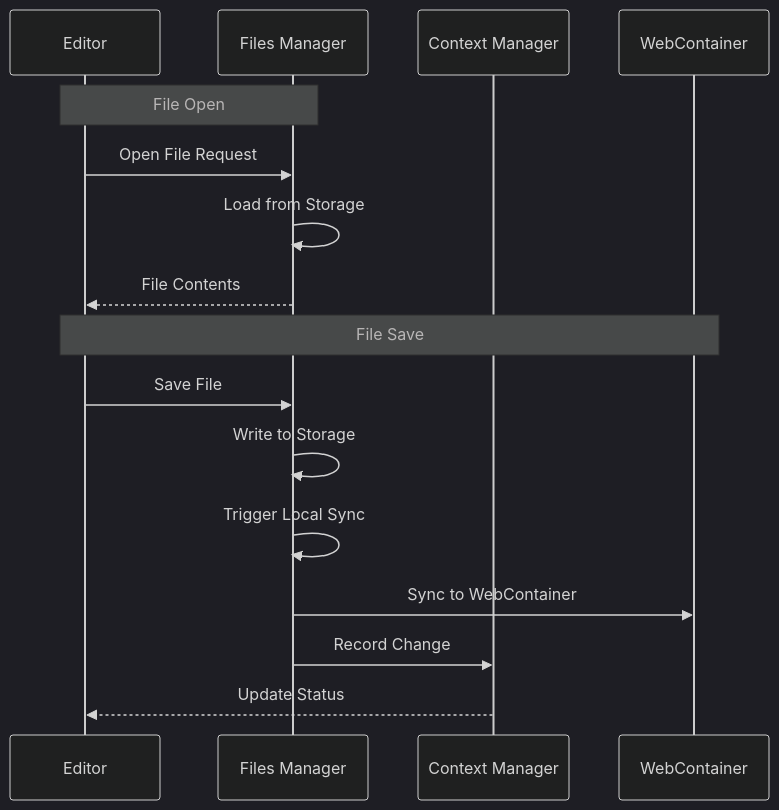
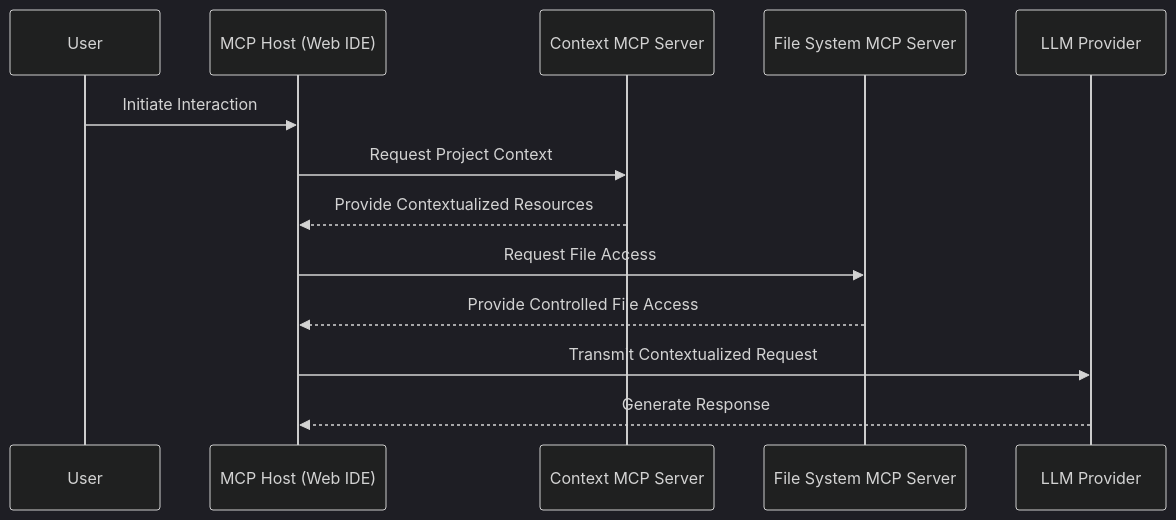
The third of 3 diagrams in docs/arc42-architecture.md (mrsimpson/piddie), drawn with Mermaid (dark theme) before and after one commit. The commit also changed other lines of this file and 1 other file, not shown here.

Commit message:
Architecture: Add MCP

````diff
--- a/docs/arc42-architecture.md
+++ b/docs/arc42-architecture.md
@@ -309,20 +306,18 @@
 ```mermaid
 sequenceDiagram
-    participant ED as Editor
-    participant FM as Files Manager
-    participant CM as Context Manager
-    participant WC as WebContainer
+    participant User
+    participant MCPHost as MCP Host (Web IDE)
+    participant ContextServer as Context MCP Server
+    participant FileServer as File System MCP Server
+    participant LLMProvider as LLM Provider
+
+    User->>MCPHost: Initiate Interaction
+    MCPHost->>ContextServer: Request Project Context
+    ContextServer-->>MCPHost: Provide Contextualized Resources
     
-    Note over ED,FM: File Open
-    ED->>FM: Open File Request
-    FM->>FM: Load from Storage
-    FM-->>ED: File Contents
+    MCPHost->>FileServer: Request File Access
+    FileServer-->>MCPHost: Provide Controlled File Access
     
-    Note over ED,WC: File Save
-    ED->>FM: Save File
-    FM->>FM: Write to Storage
-    FM->>FM: Trigger Local Sync
-    FM->>WC: Sync to WebContainer
-    FM->>CM: Record Change
-    CM-->>ED: Update Status
+    MCPHost->>LLMProvider: Transmit Contextualized Request
+    LLMProvider-->>MCPHost: Generate Response
 ```
````
